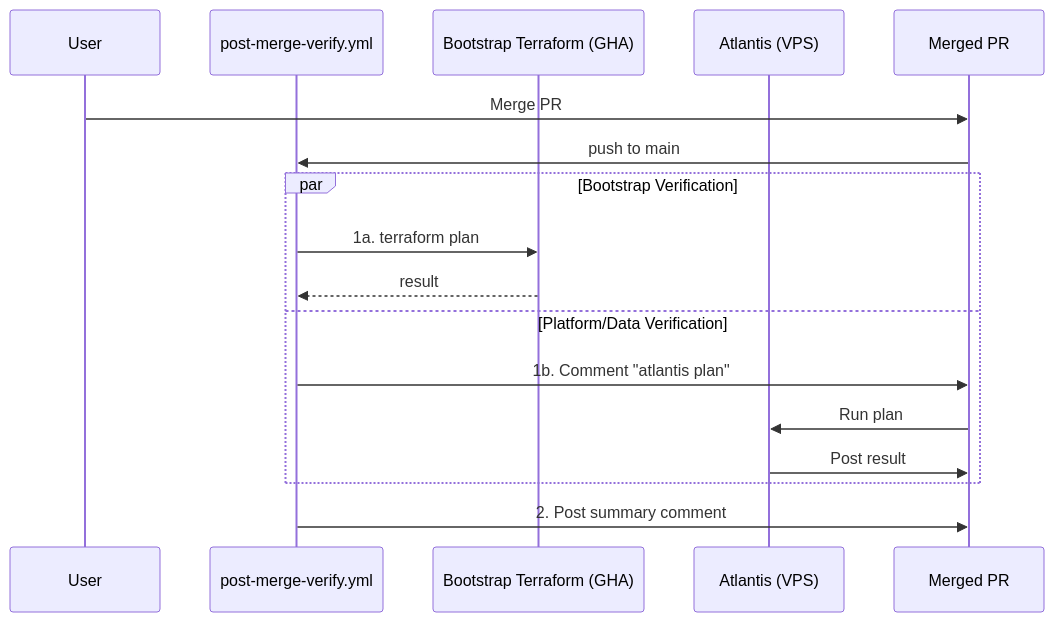
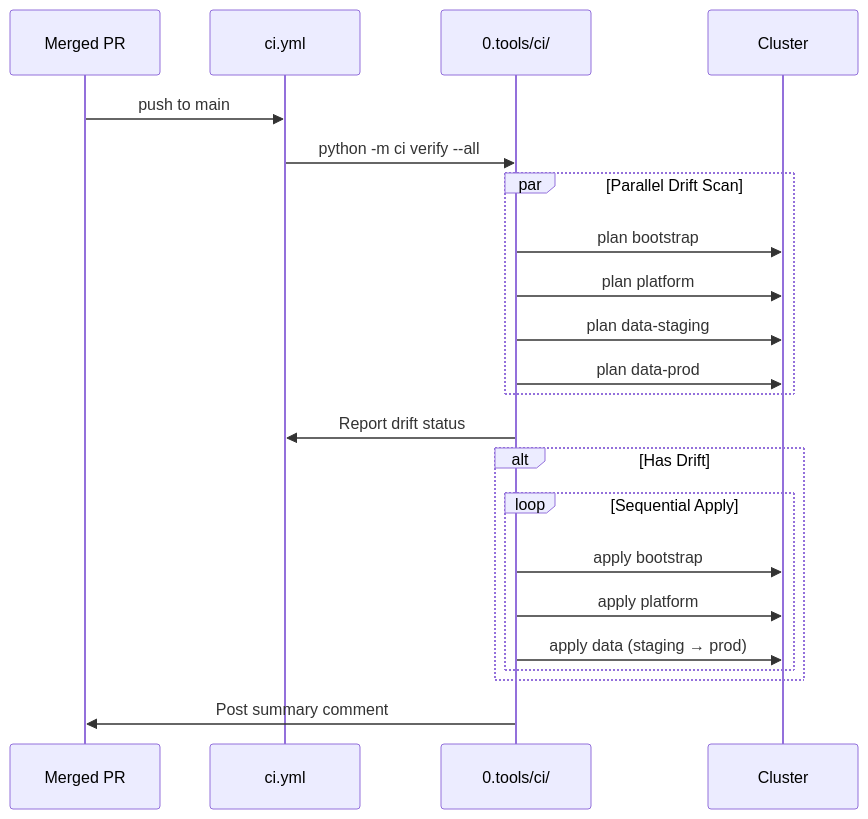
Before and after one commit to wangzitian0/infra: the second of 2 diagrams in docs/ssot/ops.pipeline.md, drawn with Mermaid. The commit also changed other lines of this file and 16 other files, not shown here.

````diff
--- a/docs/ssot/ops.pipeline.md
+++ b/docs/ssot/ops.pipeline.md
@@ -55,22 +121,29 @@
 ```mermaid
 sequenceDiagram
-    participant User
-    participant GHA as post-merge-verify.yml
-    participant B as Bootstrap Terraform (GHA)
-    participant Atlantis as Atlantis (VPS)
-    participant PR as Merged PR #xxx
+    participant PR as Merged PR
+    participant CI as ci.yml
+    participant Py as 0.tools/ci/
+    participant K8s as Cluster
 
-    User->>PR: Merge PR
-    PR->>GHA: push to main
-
-    par Bootstrap Verification
-        GHA->>B: 1a. terraform plan
-        B-->>GHA: result
-    and Platform/Data Verification
-        GHA->>PR: 1b. Comment "atlantis plan"
-        PR->>Atlantis: Run plan
-        Atlantis->>PR: Post result
+    PR->>CI: push to main
+    CI->>Py: python -m ci verify --all
+    
+    par Parallel Drift Scan
+        Py->>K8s: plan bootstrap
+        Py->>K8s: plan platform
+        Py->>K8s: plan data-staging
+        Py->>K8s: plan data-prod
     end
-
-    GHA->>PR: 2. Post summary comment
+    
+    Py->>CI: Report drift status
+    
+    alt Has Drift
+        loop Sequential Apply
+            Py->>K8s: apply bootstrap
+            Py->>K8s: apply platform
+            Py->>K8s: apply data (staging → prod)
+        end
+    end
+    
+    Py->>PR: Post summary comment
 ```
````
